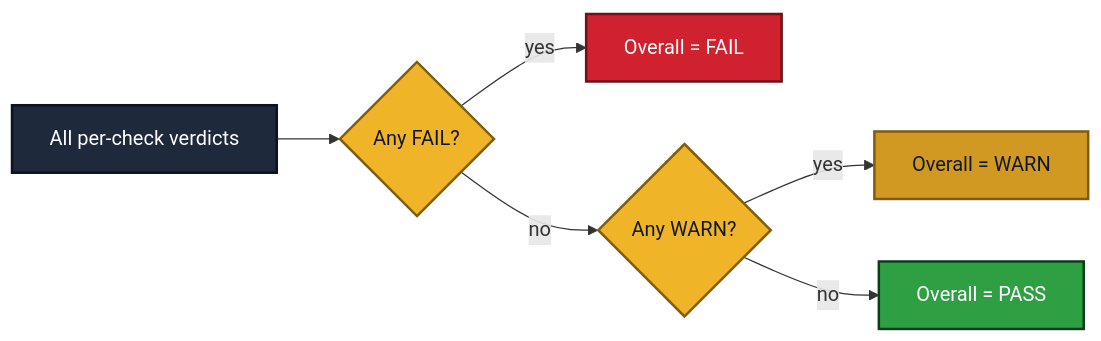
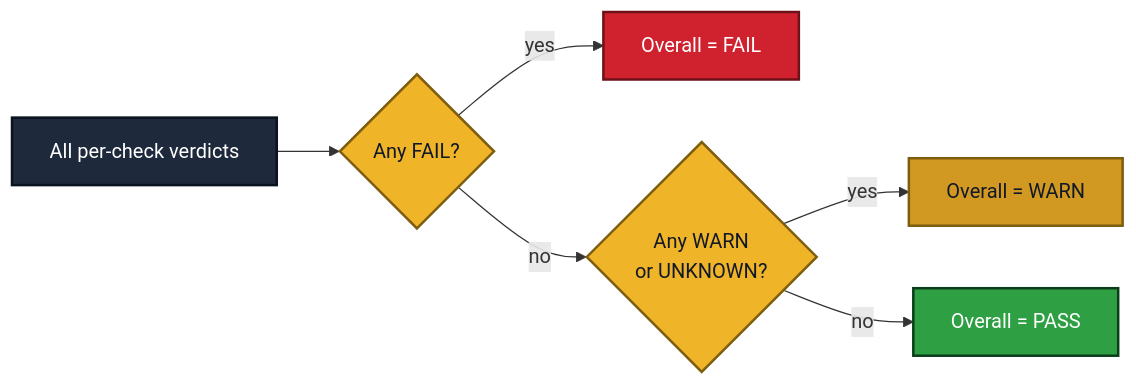
The third of 4 diagrams in qc-design.md (Jitmisra/OSIPI-DOCS), drawn with Mermaid before and after one commit. The commit also changed other lines of this file, not shown here.

````diff
--- a/qc-design.md
+++ b/qc-design.md
@@ -289,18 +304,18 @@
 ```mermaid
 flowchart LR
   IN["All per-check verdicts"] --> R{"Any FAIL?"}
   R -->|"yes"| F["Overall = FAIL"]
-  R -->|"no"| W{"Any WARN?"}
+  R -->|"no"| W{"Any WARN<br/>or UNKNOWN?"}
   W -->|"yes"| WW["Overall = WARN"]
   W -->|"no"| P["Overall = PASS"]
   classDef input fill:#1e293b,color:#fff,stroke:#0b1220,stroke-width:2px;
   classDef decision fill:#f0b429,color:#111827,stroke:#7d5e0f,stroke-width:2px;
   classDef f fill:#cf222e,color:#fff,stroke:#6e1119,stroke-width:2px;
   classDef w fill:#d29922,color:#111827,stroke:#7d5e0f,stroke-width:2px;
   classDef p fill:#2ea043,color:#fff,stroke:#0b3d1a,stroke-width:2px;
   class IN input;
   class R,W decision;
   class F f;
   class WW w;
   class P p;
 ```
````
